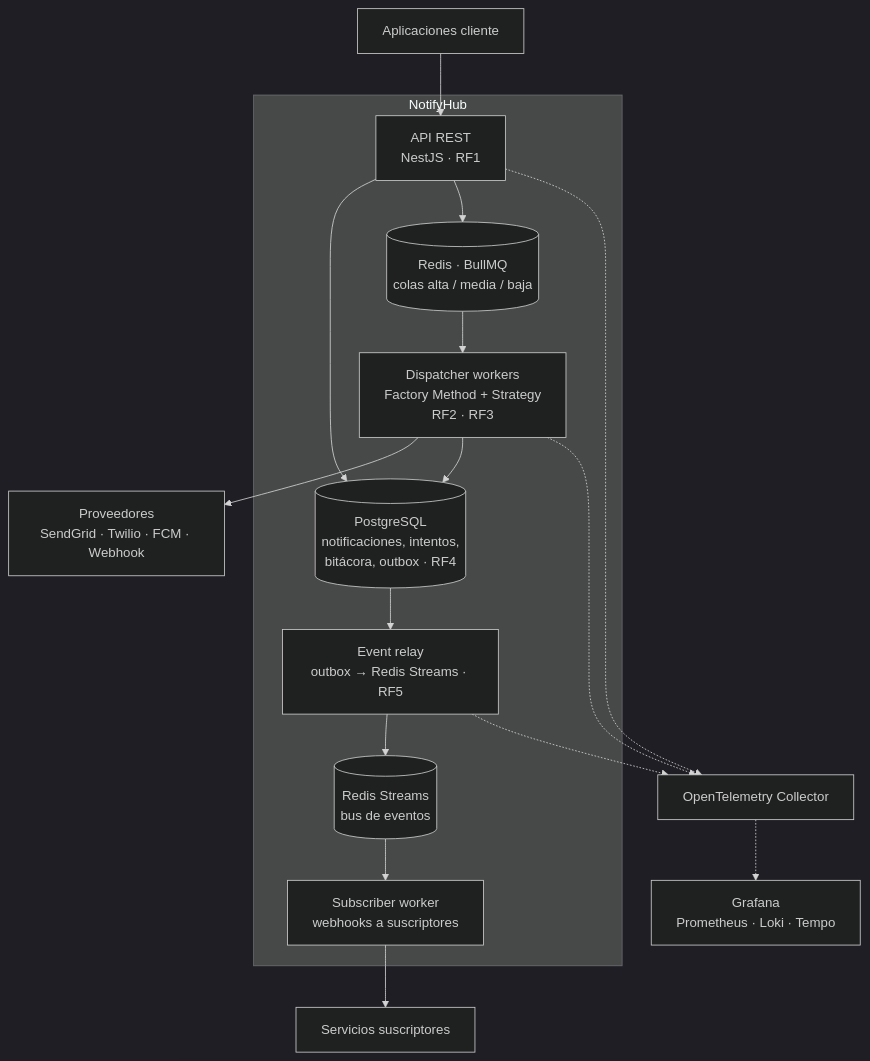
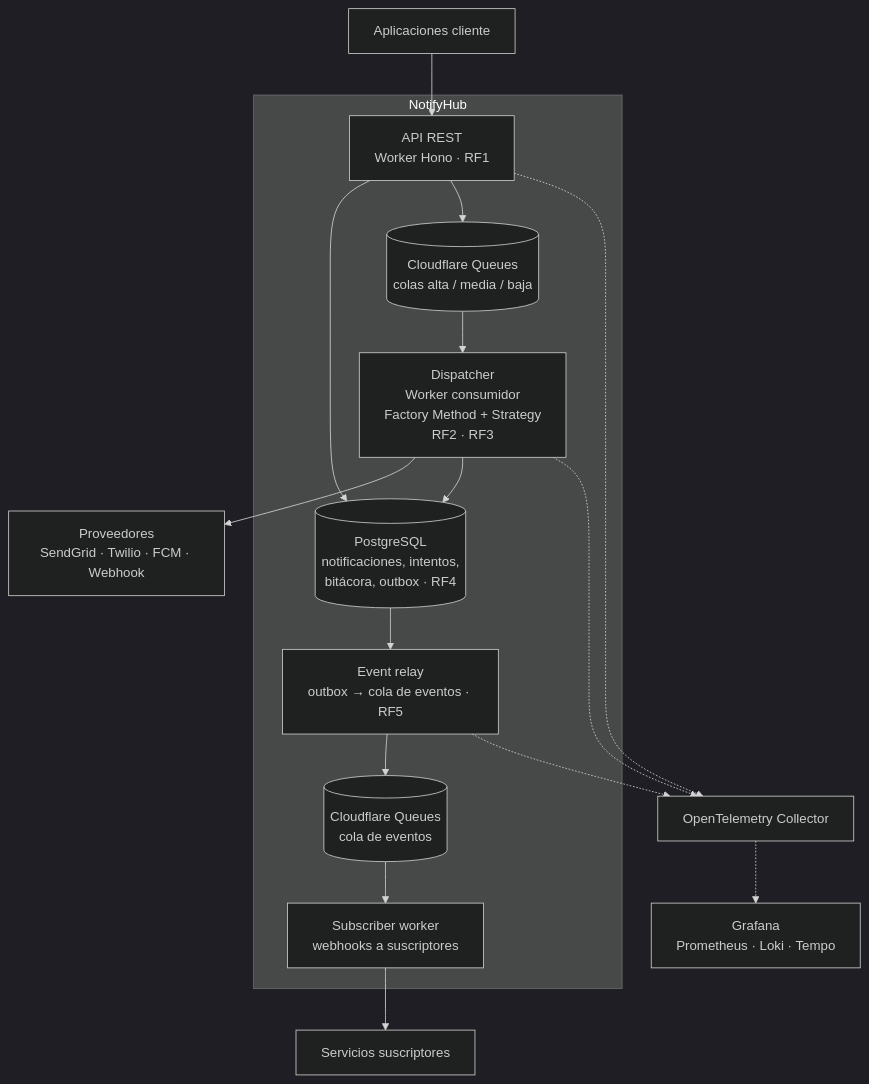
Before and after one commit to joseraulsoriano/notifyhub: the diagram in docs/diagrams/02-contenedores.mmd, drawn with Mermaid (dark theme). The commit also changed 66 other files, not shown here.

First line of the commit message:
feat(api): SCRUM-50 API nativa en Cloudflare Workers (plan gratuito)

```diff
--- a/docs/diagrams/02-contenedores.mmd
+++ b/docs/diagrams/02-contenedores.mmd
@@ -1,29 +1,29 @@
 flowchart TB
   cli["Aplicaciones cliente"]
   subgraph NH["NotifyHub"]
-    api["API REST<br/>NestJS · RF1"]
-    q[("Redis · BullMQ<br/>colas alta / media / baja")]
-    disp["Dispatcher workers<br/>Factory Method + Strategy<br/>RF2 · RF3"]
+    api["API REST<br/>Worker Hono · RF1"]
+    q[("Cloudflare Queues<br/>colas alta / media / baja")]
+    disp["Dispatcher<br/>Worker consumidor<br/>Factory Method + Strategy<br/>RF2 · RF3"]
     db[("PostgreSQL<br/>notificaciones, intentos,<br/>bitácora, outbox · RF4")]
-    relay["Event relay<br/>outbox → Redis Streams · RF5"]
-    bus[("Redis Streams<br/>bus de eventos")]
+    relay["Event relay<br/>outbox → cola de eventos · RF5"]
+    bus[("Cloudflare Queues<br/>cola de eventos")]
     subw["Subscriber worker<br/>webhooks a suscriptores"]
   end
   prov["Proveedores<br/>SendGrid · Twilio · FCM · Webhook"]
   subs["Servicios suscriptores"]
   otel["OpenTelemetry Collector"]
   graf["Grafana<br/>Prometheus · Loki · Tempo"]
   cli --> api
   api --> db
   api --> q
   q --> disp
   disp --> prov
   disp --> db
   db --> relay
   relay --> bus
   bus --> subw
   subw --> subs
   api -.-> otel
   disp -.-> otel
   relay -.-> otel
   otel -.-> graf
```
